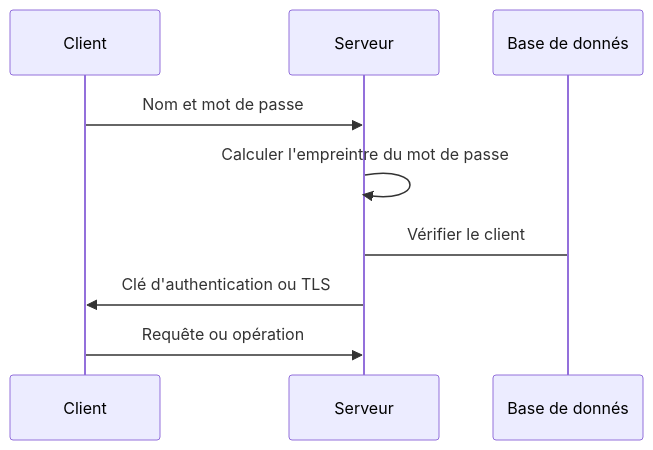
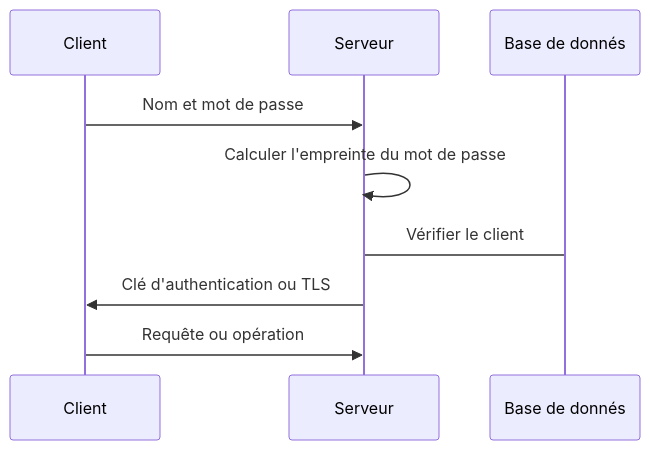
Before and after one commit to weisrc/present-blockchain: the seventh of 12 diagrams in slides.md, drawn with Mermaid. The commit also changed other lines of this file, not shown here.

````diff
--- a/slides.md
+++ b/slides.md
@@ -183,8 +183,8 @@
 ```mermaid {scale: 0.9}
 sequenceDiagram
   Client->>Serveur: Nom et mot de passe
-  Serveur->>Serveur: Calculer l'empreintre du mot de passe
+  Serveur->>Serveur: Calculer l'empreinte du mot de passe
   Serveur->Base de donnés: Vérifier le client
   Serveur->>Client: Clé d'authentication ou TLS
   Client->>Serveur: Requête ou opération
 ```
````
